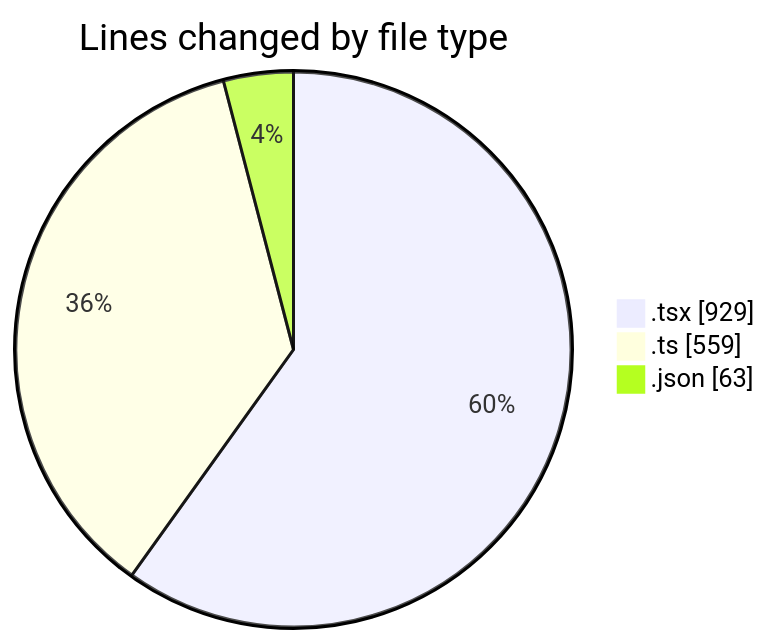
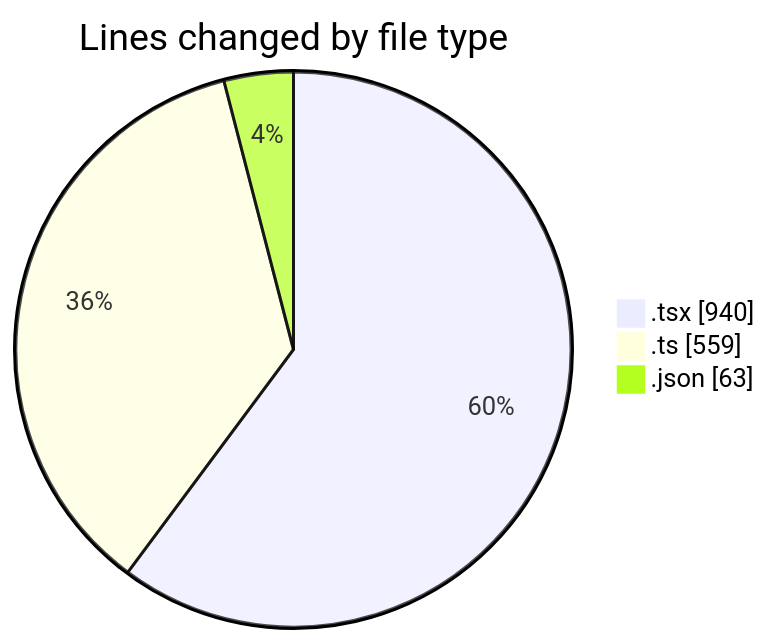
One commit to julien-gomy/code-tracking changed the first of 2 diagrams in 2025-10-21/eventscop-frontend-guide__workspace_/README.md. Above: the diagram before and after it, drawn with Mermaid. The commit also changed other lines of this file and 1 other file, not shown here.

````diff
--- a/2025-10-21/eventscop-frontend-guide__workspace_/README.md
+++ b/2025-10-21/eventscop-frontend-guide__workspace_/README.md
@@ -37,7 +37,7 @@
 ```mermaid
 pie showData
 title Lines changed by file type
-".tsx" : 929
+".tsx" : 940
 ".ts" : 559
 ".json" : 63
 ```
````
